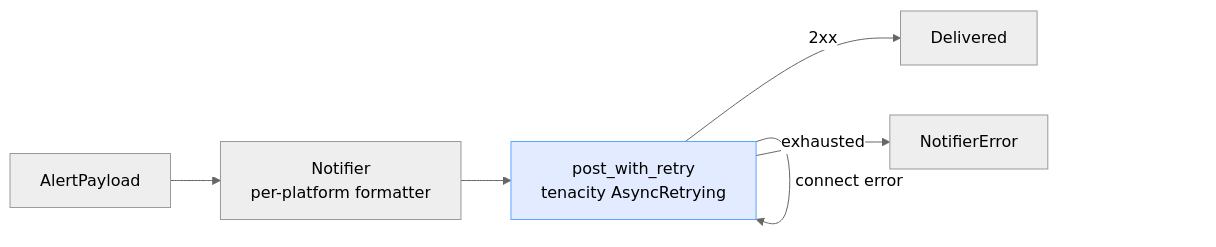
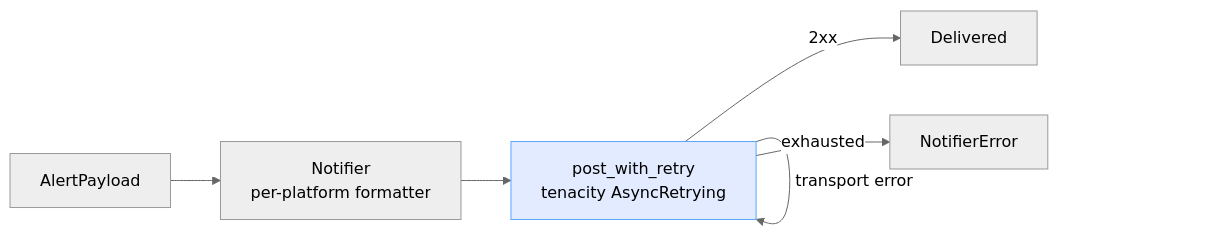
One commit to adel-saoud/llm-regression-detector changed the third of 3 diagrams in docs/architecture.md. Above: the diagram before and after it, drawn with Mermaid (neutral theme). The commit also changed other lines of this file and 27 other files, not shown here.

````diff
--- a/docs/architecture.md
+++ b/docs/architecture.md
@@ -59,11 +65,11 @@
 ```mermaid
 flowchart LR
     A[AlertPayload] --> N[Notifier<br/>per-platform formatter]
     N --> T[post_with_retry<br/>tenacity AsyncRetrying]
-    T -->|408 / 425 / 429 / 5xx| T
-    T -->|connect error| T
+    T -->|408 / 425 / 429 / 500 / 502 / 503 / 504| T
+    T -->|transport error| T
     T -->|2xx| OK[Delivered]
     T -->|exhausted| Err[NotifierError]
 
     style T fill:#1f5fff20,stroke:#58a6ff
 ```
````
